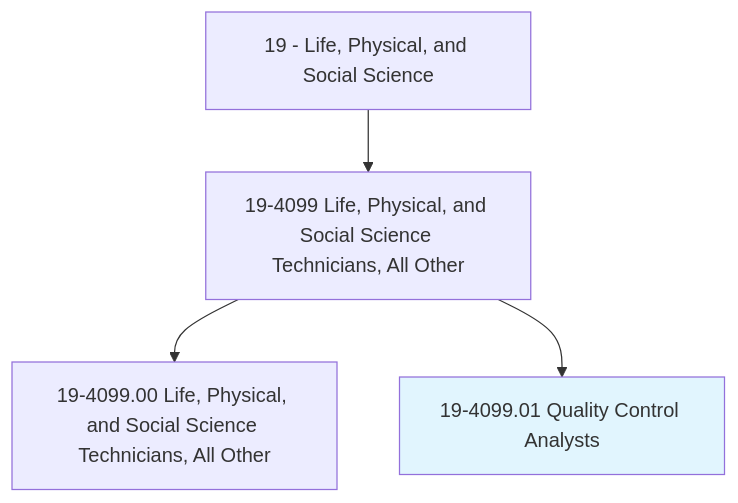
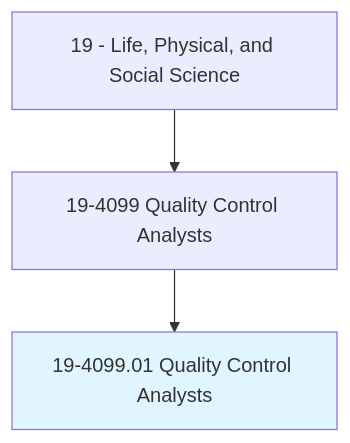
One commit to kziemski/business.org.ai changed the first of 4 diagrams in occupations/Science/QualityControlAnalysts.mdx. Above: the diagram before and after it, drawn with Mermaid. The commit also changed other lines of this file and 938 other files, not shown here.

````diff
--- a/occupations/Science/QualityControlAnalysts.mdx
+++ b/occupations/Science/QualityControlAnalysts.mdx
@@ -19,7 +23,6 @@
 ```mermaid
 graph TD
-    Cat19["19 - Life, Physical, and Social Science"] --> Group194099["19-4099 Life, Physical, and Social Science Technicians, All Other"]
-    Group194099 --> Base["19-4099.00 Life, Physical, and Social Science Technicians, All Other"]
+    Cat19["19 - Life, Physical, and Social Science"] --> Group194099["19-4099 Quality Control Analysts"]
     Group194099 --> Current["19-4099.01 Quality Control Analysts"]
     style Current fill:#e1f5fe
 ```
````
